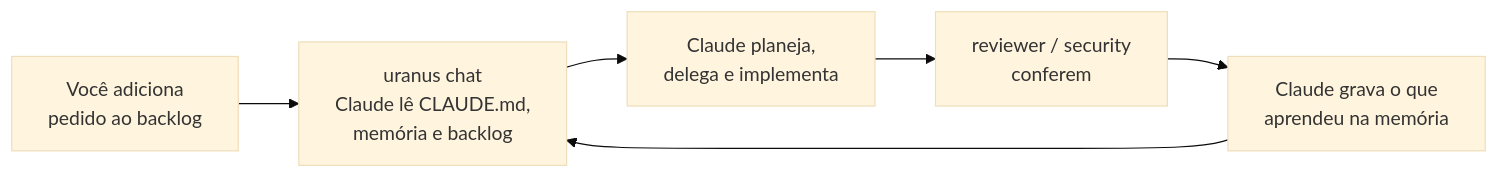
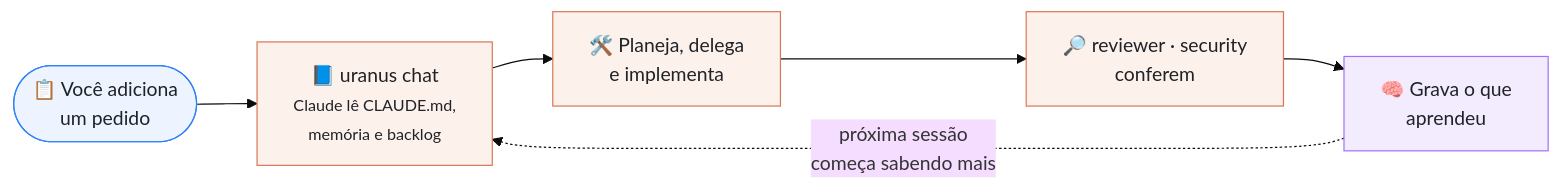
Before and after one commit to ruyteer/uranus: the second of 2 diagrams in docs/guia/03-como-treina-o-claude.md, drawn with Mermaid (base theme). The commit also changed other lines of this file and 4 other files, not shown here.

First line of the commit message:
docs: mapa da armadura em SVG próprio e diagramas do guia redesenhados

````diff
--- a/docs/guia/03-como-treina-o-claude.md
+++ b/docs/guia/03-como-treina-o-claude.md
@@ -86,8 +100,15 @@
 ```mermaid
 flowchart LR
-    A[Você adiciona<br/>pedido ao backlog] --> B[uranus chat<br/>Claude lê CLAUDE.md,<br/>memória e backlog]
-    B --> C[Claude planeja,<br/>delega e implementa]
-    C --> D[reviewer / security<br/>conferem]
-    D --> E[Claude grava o que<br/>aprendeu na memória]
-    E --> B
+    A(["📋 Você adiciona<br/>um pedido"]) --> B["📘 uranus chat<br/><small>Claude lê CLAUDE.md,<br/>memória e backlog</small>"]
+    B --> C["🛠️ Planeja, delega<br/>e implementa"]
+    C --> D["🔎 reviewer · security<br/>conferem"]
+    D --> E["🧠 Grava o que<br/>aprendeu"]
+    E -. "próxima sessão<br/>começa sabendo mais" .-> B
+
+    classDef voce fill:#eef4ff,stroke:#2f81f7,color:#1f2328
+    classDef claude fill:#fdf1ec,stroke:#d97757,color:#1f2328
+    classDef mem fill:#f3ecff,stroke:#a371f7,color:#1f2328
+    class A voce
+    class B,C,D claude
+    class E mem
 ```
````
